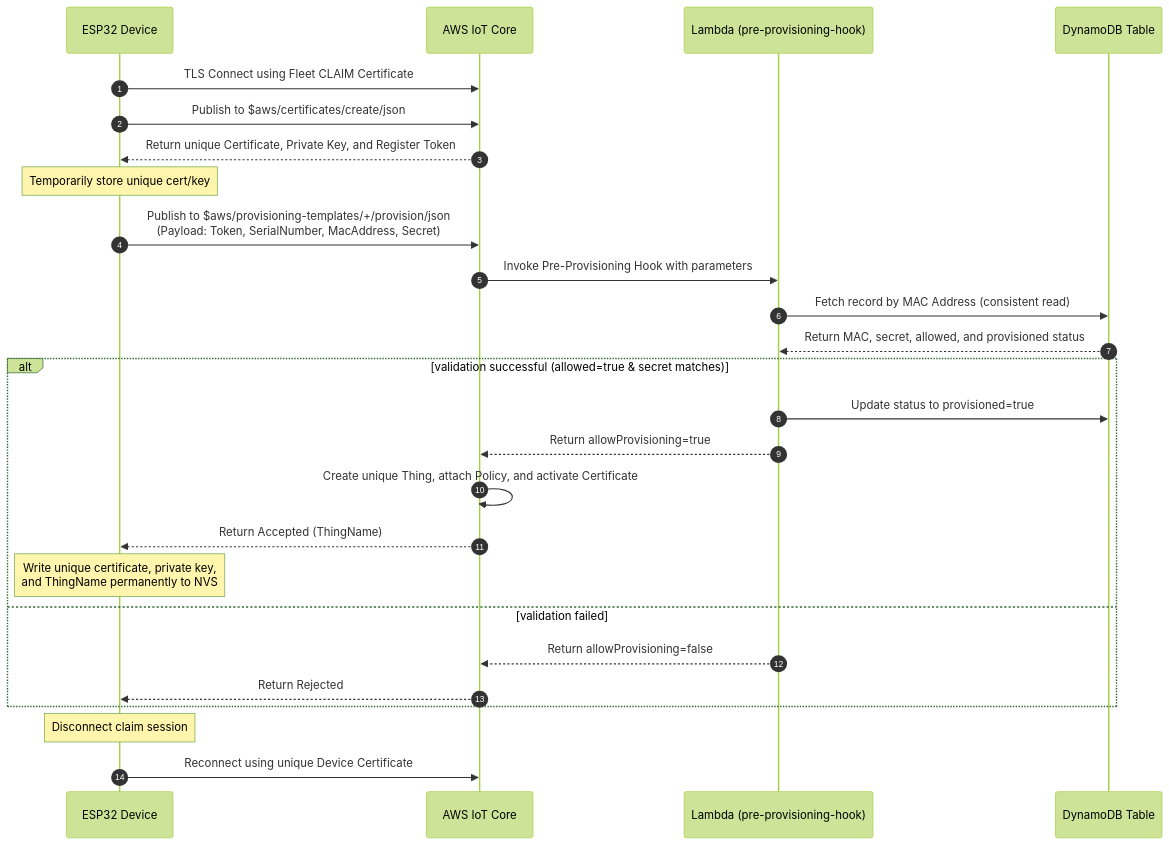
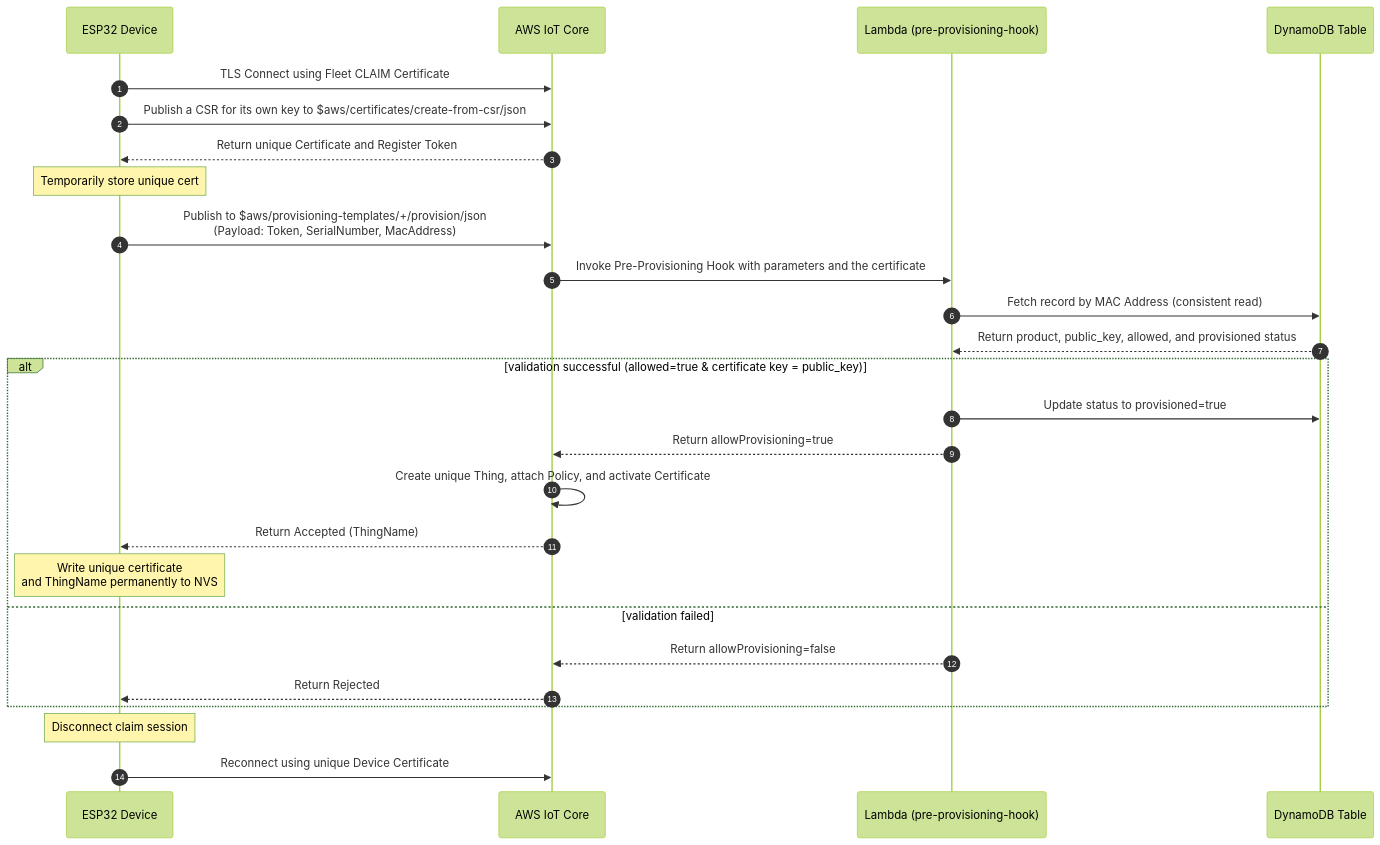
Before and after one commit to ergousha/iot-platform: the second of 2 diagrams in README.md, drawn with Mermaid (forest theme). The commit also changed other lines of this file and 24 other files, not shown here.

````diff
--- a/README.md
+++ b/README.md
@@ -71,29 +71,29 @@
 ```mermaid
 sequenceDiagram
     autonumber
     participant ESP32 as ESP32 Device
     participant IoT as AWS IoT Core
     participant Hook as Lambda (pre-provisioning-hook)
     participant Dynamo as DynamoDB Table
 
     ESP32->>IoT: TLS Connect using Fleet CLAIM Certificate
-    ESP32->>IoT: Publish to $aws/certificates/create/json
-    IoT-->>ESP32: Return unique Certificate, Private Key, and Register Token
-    Note over ESP32: Temporarily store unique cert/key
-    ESP32->>IoT: Publish to $aws/provisioning-templates/+/provision/json<br/>(Payload: Token, SerialNumber, MacAddress, Secret)
-    IoT->>Hook: Invoke Pre-Provisioning Hook with parameters
+    ESP32->>IoT: Publish a CSR for its own key to $aws/certificates/create-from-csr/json
+    IoT-->>ESP32: Return unique Certificate and Register Token
+    Note over ESP32: Temporarily store unique cert
+    ESP32->>IoT: Publish to $aws/provisioning-templates/+/provision/json<br/>(Payload: Token, SerialNumber, MacAddress)
+    IoT->>Hook: Invoke Pre-Provisioning Hook with parameters and the certificate
     Hook->>Dynamo: Fetch record by MAC Address (consistent read)
-    Dynamo-->>Hook: Return MAC, secret, allowed, and provisioned status
-    Alt validation successful (allowed=true & secret matches)
+    Dynamo-->>Hook: Return product, public_key, allowed, and provisioned status
+    Alt validation successful (allowed=true & certificate key = public_key)
         Hook->>Dynamo: Update status to provisioned=true
         Hook-->>IoT: Return allowProvisioning=true
         IoT->>IoT: Create unique Thing, attach Policy, and activate Certificate
         IoT-->>ESP32: Return Accepted (ThingName)
-        Note over ESP32: Write unique certificate, private key,<br/>and ThingName permanently to NVS
+        Note over ESP32: Write unique certificate<br/>and ThingName permanently to NVS
     Else validation failed
         Hook-->>IoT: Return allowProvisioning=false
         IoT-->>ESP32: Return Rejected
     End
     Note over ESP32: Disconnect claim session
     ESP32->>IoT: Reconnect using unique Device Certificate
 ```
````
